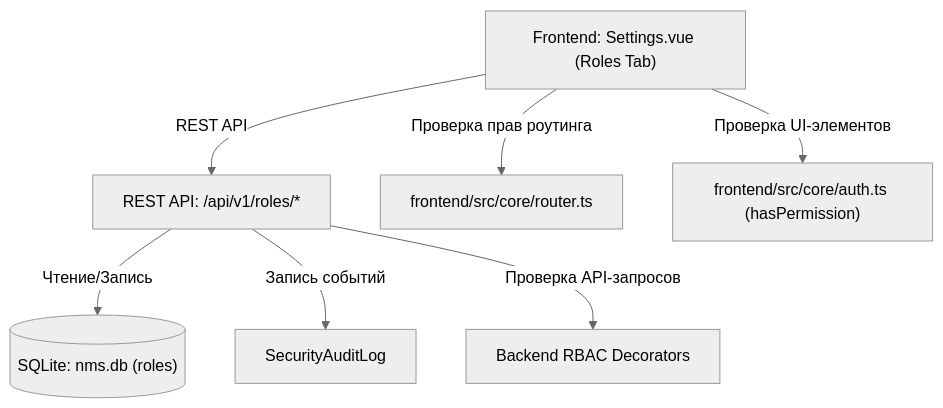
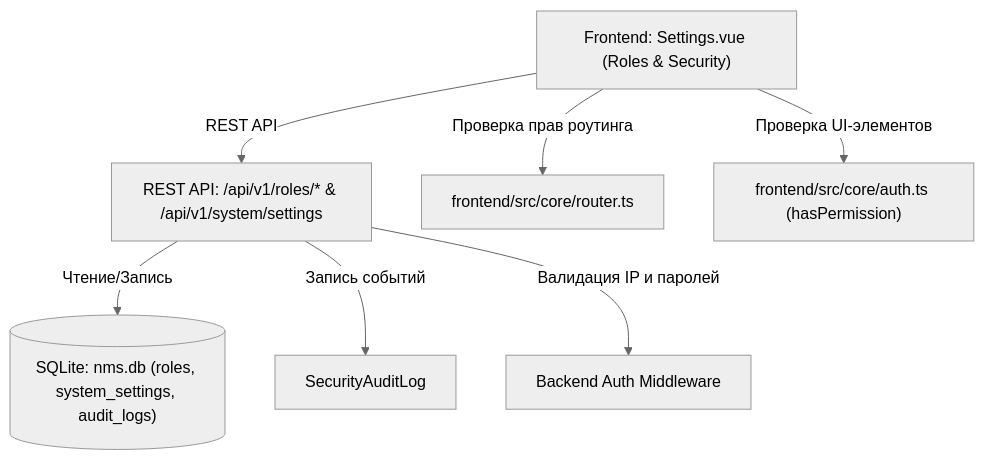
One commit to Apofixc/nms-webui changed the diagram in docs/wiki/02-usage/04-access-control-and-roles.md. Above: the diagram before and after it, drawn with Mermaid (neutral theme). The commit also changed other lines of this file, not shown here.

````diff
--- a/docs/wiki/02-usage/04-access-control-and-roles.md
+++ b/docs/wiki/02-usage/04-access-control-and-roles.md
@@ -54,9 +94,9 @@
 ```mermaid
 graph TD
-    UI["Frontend: Settings.vue (Roles Tab)"] -->|REST API| API["REST API: /api/v1/roles/*"]
-    API -->|Чтение/Запись| DB[("SQLite: nms.db (roles)")]
+    UI["Frontend: Settings.vue (Roles & Security)"] -->|REST API| API["REST API: /api/v1/roles/* & /api/v1/system/settings"]
+    API -->|Чтение/Запись| DB[("SQLite: nms.db (roles, system_settings, audit_logs)")]
     API -->|Запись событий| Audit["SecurityAuditLog"]
     UI -->|Проверка прав роутинга| Router["frontend/src/core/router.ts"]
     UI -->|Проверка UI-элементов| Auth["frontend/src/core/auth.ts (hasPermission)"]
-    API -->|Проверка API-запросов| Middleware["Backend RBAC Decorators"]
+    API -->|Валидация IP и паролей| Middleware["Backend Auth Middleware"]
 ```
````
